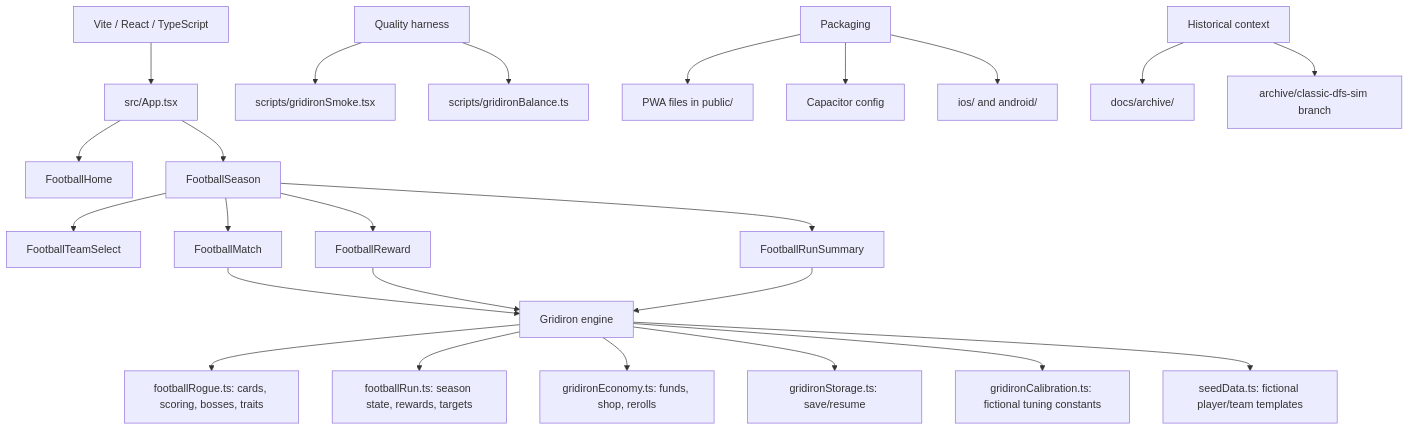
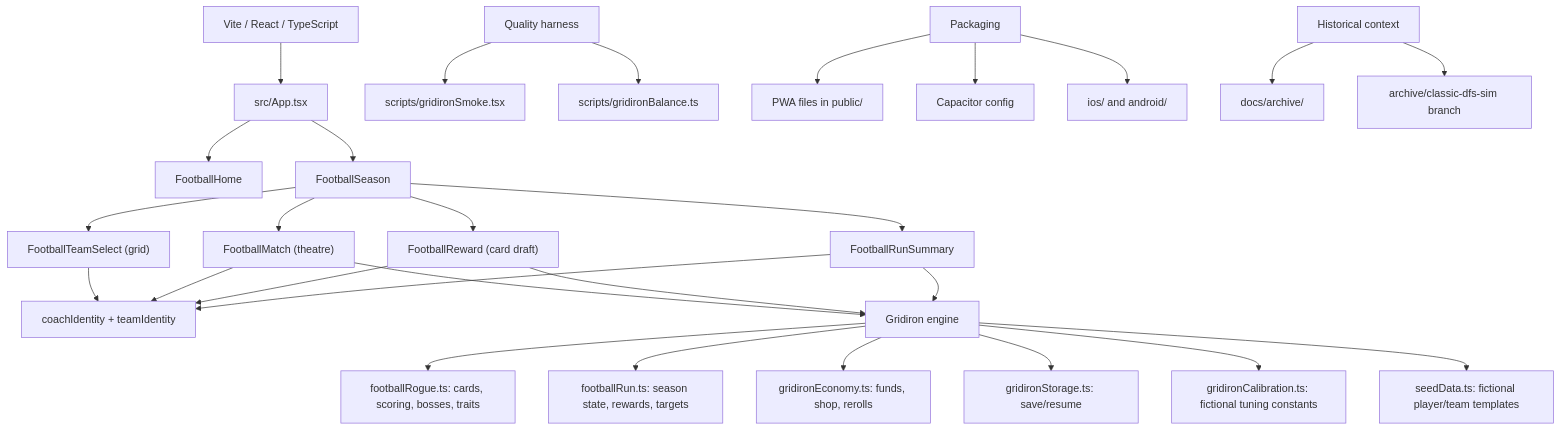
One commit to dmbrown81/slate-boss changed the diagram in docs/PROJECT_MAP.md. Above: the diagram before and after it, drawn with Mermaid. The commit also changed other lines of this file and 2 other files, not shown here.

````diff
--- a/docs/PROJECT_MAP.md
+++ b/docs/PROJECT_MAP.md
@@ -6,32 +6,37 @@
 ```mermaid
 flowchart TD
   A["Vite / React / TypeScript"] --> B["src/App.tsx"]
   B --> C["FootballHome"]
   B --> D["FootballSeason"]
 
-  D --> E["FootballTeamSelect"]
-  D --> F["FootballMatch"]
-  D --> G["FootballReward"]
+  D --> E["FootballTeamSelect (grid)"]
+  D --> F["FootballMatch (theatre)"]
+  D --> G["FootballReward (card draft)"]
   D --> H["FootballRunSummary"]
+
+  E --> ID["coachIdentity + teamIdentity"]
+  F --> ID
+  G --> ID
+  H --> ID
 
   F --> I["Gridiron engine"]
   G --> I
   H --> I
 
   I --> I1["footballRogue.ts: cards, scoring, bosses, traits"]
   I --> I2["footballRun.ts: season state, rewards, targets"]
   I --> I3["gridironEconomy.ts: funds, shop, rerolls"]
   I --> I4["gridironStorage.ts: save/resume"]
   I --> I5["gridironCalibration.ts: fictional tuning constants"]
   I --> I6["seedData.ts: fictional player/team templates"]
 
   J["Quality harness"] --> J1["scripts/gridironSmoke.tsx"]
   J --> J2["scripts/gridironBalance.ts"]
 
   K["Packaging"] --> K1["PWA files in public/"]
   K --> K2["Capacitor config"]
   K --> K3["ios/ and android/"]
 
   L["Historical context"] --> L1["docs/archive/"]
   L --> L2["archive/classic-dfs-sim branch"]
 ```
````
